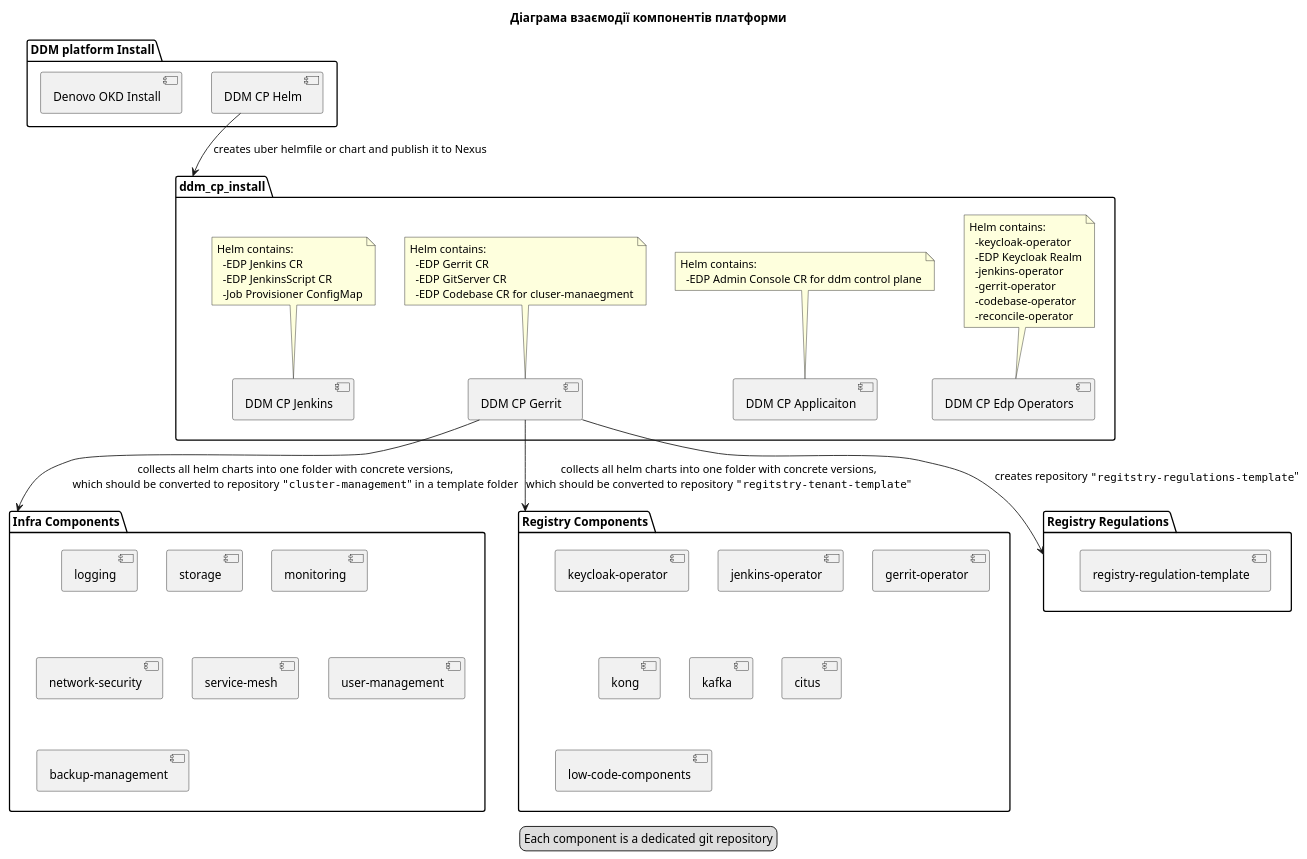
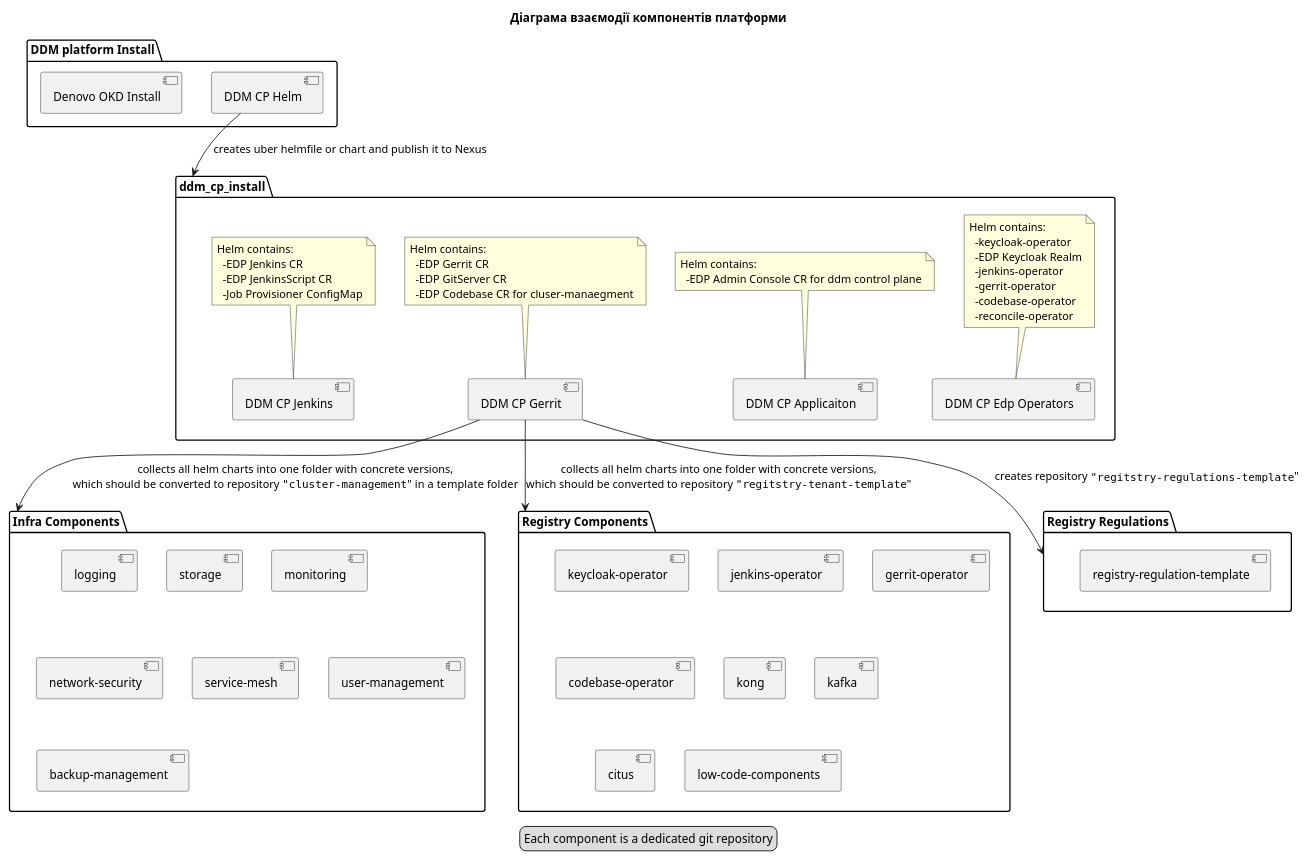
The diagram in infrastructure/ddm-control-plane-components.puml (epam/edp-ddm-architecture), drawn with PlantUML before and after one commit. The commit also changed 2 other files, not shown here.

```diff
--- a/infrastructure/ddm-control-plane-components.puml
+++ b/infrastructure/ddm-control-plane-components.puml
@@ -1,78 +1,79 @@
 @startuml
 
 title Діаграма взаємодії компонентів платформи
 
 package "DDM platform Install" as ddm_platrom_install{
   [Denovo OKD Install] as denovo_okd_install
   [DDM CP Helm] as ddm_cp_helm
 }
 ddm_cp_helm -down-> ddm_cp_install: creates uber helmfile or chart and publish it to Nexus
 
 package "DDM Control Plane (CP) install" as ddm_cp_install {
   [DDM CP Edp Operators] as ddm_cp_edp_operators
   note top of ddm_cp_edp_operators
     Helm contains:
       -keycloak-operator
       -EDP Keycloak Realm
       -jenkins-operator
       -gerrit-operator
       -codebase-operator
       -reconcile-operator
   end note
   [DDM CP Applicaiton] as ddm_cp_app
   note top of ddm_cp_app
     Helm contains:
       -EDP Admin Console CR for ddm control plane
   end note
   [DDM CP Gerrit] as ddm_gerrit
   note top of ddm_gerrit
     Helm contains:
       -EDP Gerrit CR
       -EDP GitServer CR
       -EDP Codebase CR for cluser-manaegment
   end note
   [DDM CP Jenkins] as ddm_jenkins
   note top of ddm_jenkins
     Helm contains:
       -EDP Jenkins CR
       -EDP JenkinsScript CR
       -Job Provisioner ConfigMap
   end note
 }
 
 package "Infra Components" as infra_components {
   [logging]
   [storage]
   [monitoring]
   [network-security]
   [service-mesh]
   [user-management]
   [backup-management]
 }
 
 denovo_okd_install -[hidden]down-> ddm_cp_install
 ddm_gerrit -down-> infra_components : collects all helm charts into one folder with concrete versions,\nwhich should be converted to repository """cluster-management"""  in a template folder
 
 package "Registry Components" as registry_components {
   [keycloak-operator]
   [jenkins-operator]
   [gerrit-operator]
+  [codebase-operator]
   [kong]
   [kafka]
   [citus]
   [low-code-components]
 }
 
 ddm_gerrit -down-> registry_components : collects all helm charts into one folder with concrete versions,\nwhich should be converted to repository """regitstry-tenant-template"""
 
 package "Registry Regulations" as registry_regulations {
   [registry-regulation-template]
 }
 
 ddm_gerrit -down-> registry_regulations : creates repository """regitstry-regulations-template"""
 
 legend
  Each component is a dedicated git repository
 end legend
 
 @enduml
```
